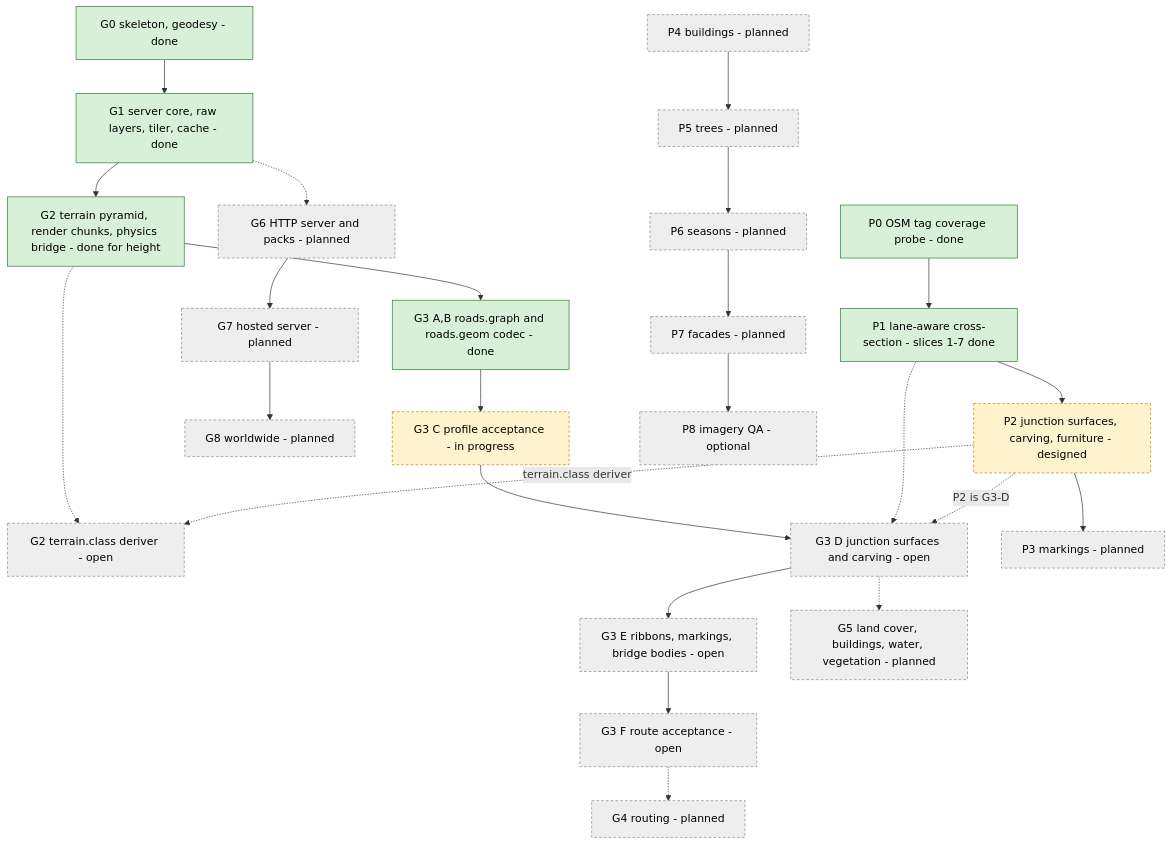
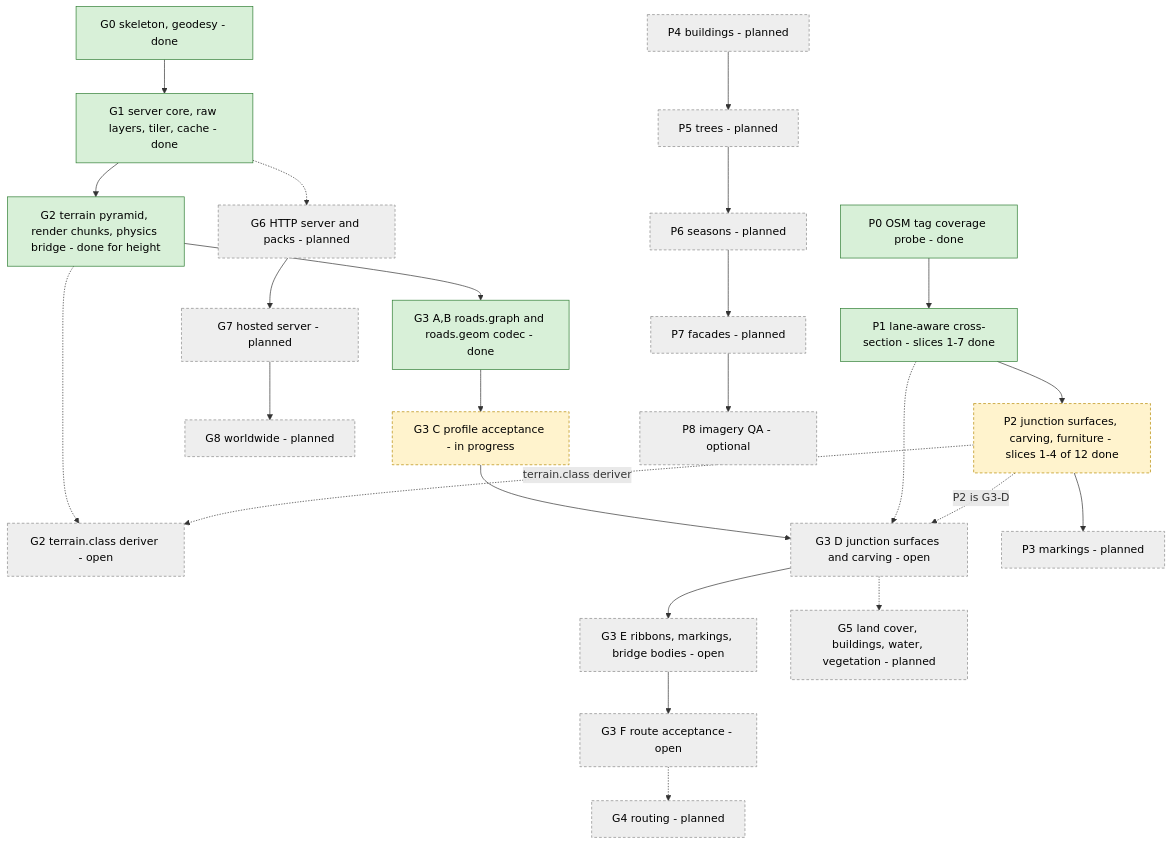
One commit to SebastianDanielFrenz/geo2map_engine changed the fourth of 4 diagrams in docs/pipeline/README.md. Above: the diagram before and after it, drawn with Mermaid. The commit also changed other lines of this file and 6 other files, not shown here.

````diff
--- a/docs/pipeline/README.md
+++ b/docs/pipeline/README.md
@@ -268,44 +268,44 @@
 ```mermaid
 flowchart TB
   G0["G0 skeleton, geodesy - done"]
   G1["G1 server core, raw layers, tiler, cache - done"]
   G2["G2 terrain pyramid, render chunks, physics bridge - done for height"]
   G2C["G2 terrain.class deriver - open"]
   G3A["G3 A,B roads.graph and roads.geom codec - done"]
   G3C["G3 C profile acceptance - in progress"]
   G3D["G3 D junction surfaces and carving - open"]
   G3E["G3 E ribbons, markings, bridge bodies - open"]
   G3F["G3 F route acceptance - open"]
   G4["G4 routing - planned"]
   G5["G5 land cover, buildings, water, vegetation - planned"]
   G6["G6 HTTP server and packs - planned"]
   G7["G7 hosted server - planned"]
   G8["G8 worldwide - planned"]
   P0["P0 OSM tag coverage probe - done"]
   P1["P1 lane-aware cross-section - slices 1-7 done"]
-  P2["P2 junction surfaces, carving, furniture - designed"]
+  P2["P2 junction surfaces, carving, furniture - slices 1-4 of 12 done"]
   P3["P3 markings - planned"]
   P4["P4 buildings - planned"]
   P5["P5 trees - planned"]
   P6["P6 seasons - planned"]
   P7["P7 facades - planned"]
   P8["P8 imagery QA - optional"]
 
   G0 --> G1 --> G2 --> G3A --> G3C --> G3D --> G3E --> G3F
   G2 -.-> G2C
   G3F -.-> G4
   G3D -.-> G5
   G1 -.-> G6 --> G7 --> G8
   P0 --> P1 --> P2 --> P3
   P1 -.-> G3D
   P2 -.->|"P2 is G3-D"| G3D
   P2 -.->|"terrain.class deriver"| G2C
   P4 --> P5 --> P6 --> P7 --> P8
 
   classDef done fill:#d8f0d8,stroke:#2e7d32,color:#000;
   classDef part fill:#fff3cd,stroke:#b58900,stroke-dasharray:4 3,color:#000;
   classDef plan fill:#eeeeee,stroke:#888888,stroke-dasharray:4 3,color:#000;
   class G0,G1,G2,G3A,P0,P1 done;
   class G3C,P2 part;
   class G2C,G3D,G3E,G3F,G4,G5,G6,G7,G8,P3,P4,P5,P6,P7,P8 plan;
 ```
````
